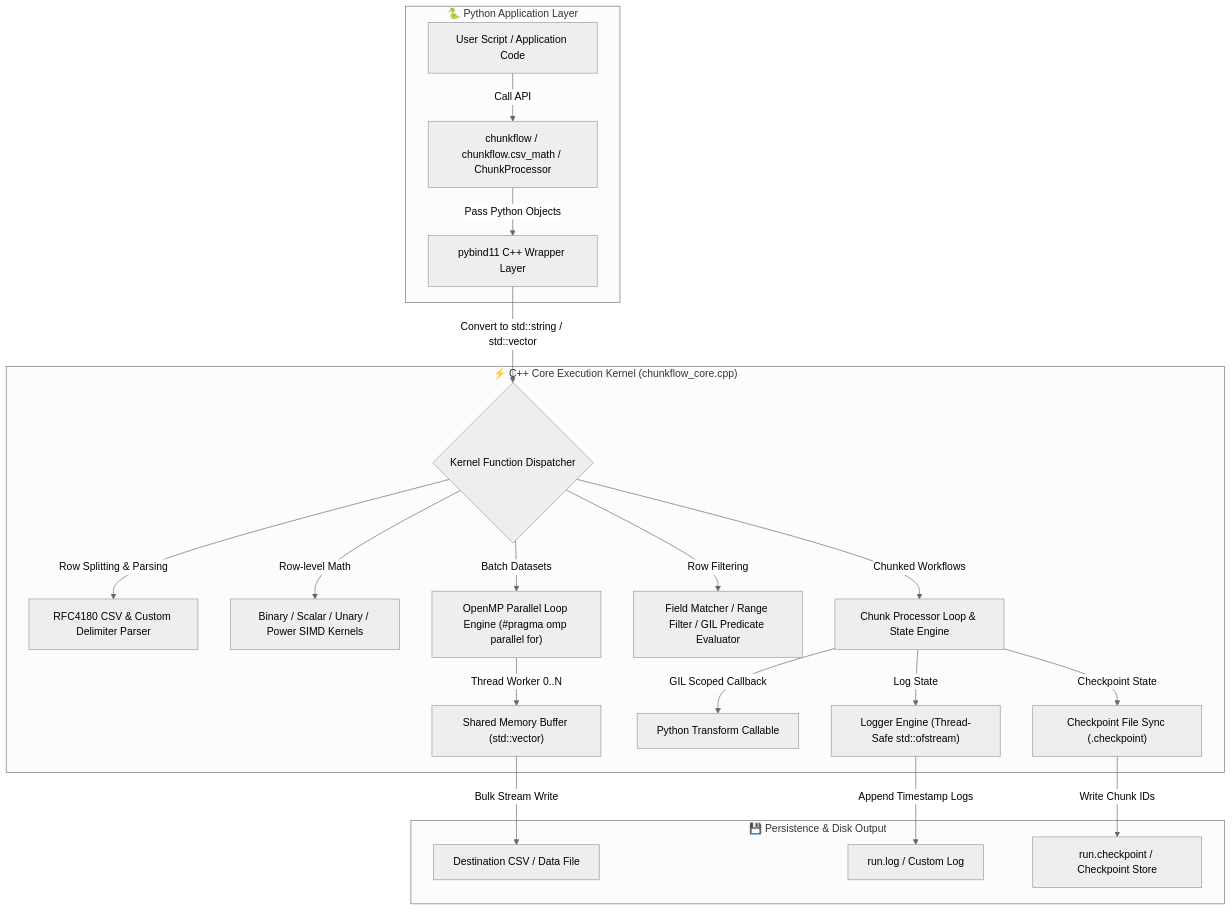
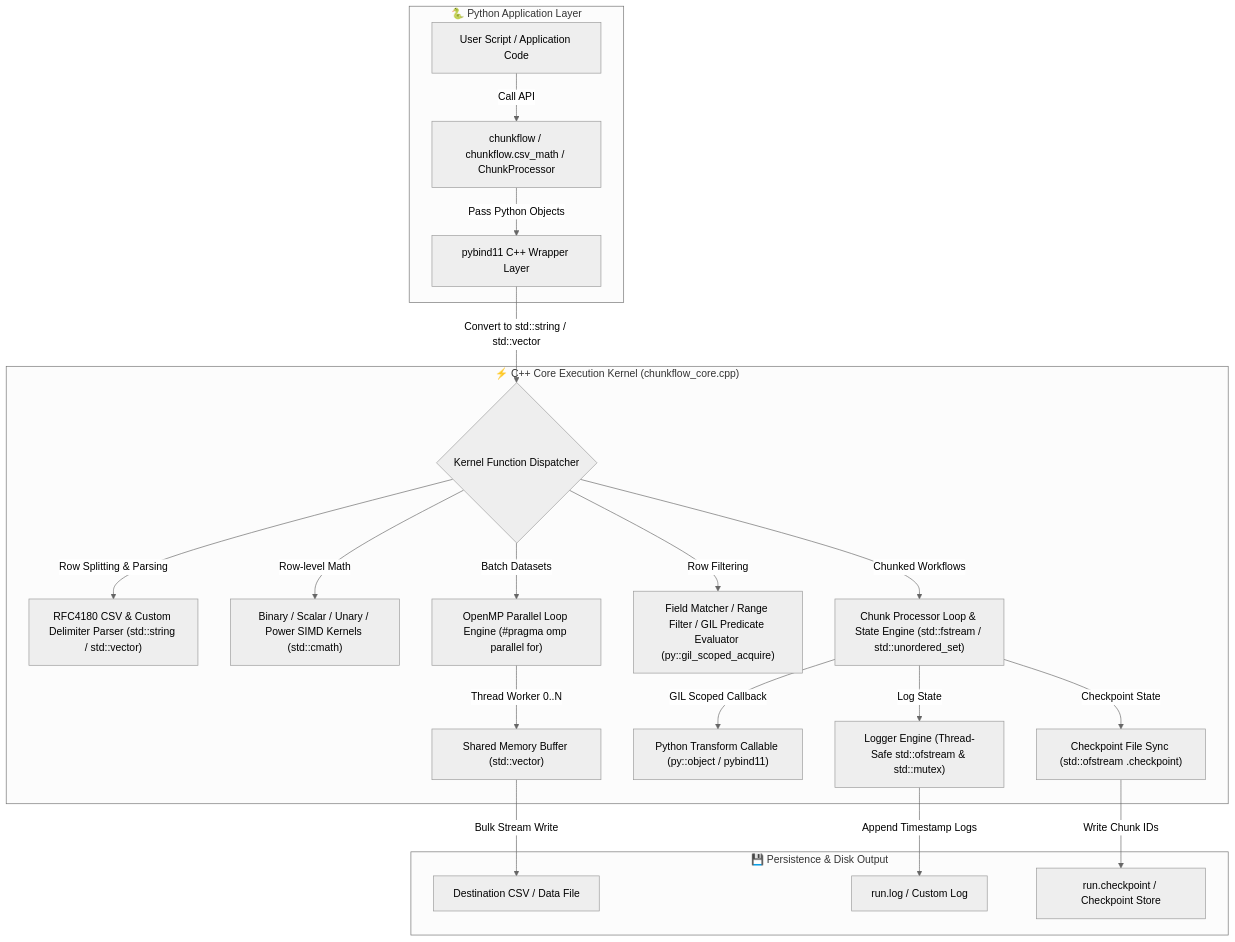
One commit to ambersub/Minor-project changed the first of 3 diagrams in docs/PROJECT_FLOW.md. Above: the diagram before and after it, drawn with Mermaid (neutral theme). The commit also changed other lines of this file and 5 other files, not shown here.

````diff
--- a/docs/PROJECT_FLOW.md
+++ b/docs/PROJECT_FLOW.md
@@ -11,28 +11,28 @@
 ```mermaid
 flowchart TD
     subgraph Python ["🐍 Python Application Layer"]
         UserScript["User Script / Application Code"] -->|Call API| PythonAPI["chunkflow / chunkflow.csv_math / ChunkProcessor"]
         PythonAPI -->|Pass Python Objects| PyBind["pybind11 C++ Wrapper Layer"]
     end
 
     subgraph C++ Core ["⚡ C++ Core Execution Kernel (chunkflow_core.cpp)"]
         PyBind -->|Convert to std::string / std::vector| Router{"Kernel Function Dispatcher"}
         
-        Router -->|Row Splitting & Parsing| Parser["RFC4180 CSV & Custom Delimiter Parser"]
-        Router -->|Row-level Math| MathKernel["Binary / Scalar / Unary / Power SIMD Kernels"]
+        Router -->|Row Splitting & Parsing| Parser["RFC4180 CSV & Custom Delimiter Parser (std::string / std::vector)"]
+        Router -->|Row-level Math| MathKernel["Binary / Scalar / Unary / Power SIMD Kernels (std::cmath)"]
         Router -->|Batch Datasets| OpenMPThreadEngine["OpenMP Parallel Loop Engine (#pragma omp parallel for)"]
-        Router -->|Row Filtering| FilterEngine["Field Matcher / Range Filter / GIL Predicate Evaluator"]
-        Router -->|Chunked Workflows| ChunkEngine["Chunk Processor Loop & State Engine"]
+        Router -->|Row Filtering| FilterEngine["Field Matcher / Range Filter / GIL Predicate Evaluator (py::gil_scoped_acquire)"]
+        Router -->|Chunked Workflows| ChunkEngine["Chunk Processor Loop & State Engine (std::fstream / std::unordered_set)"]
 
         OpenMPThreadEngine -->|Thread Worker 0..N| FastBuffer["Shared Memory Buffer (std::vector<std::string>)"]
-        ChunkEngine -->|GIL Scoped Callback| PythonLambda["Python Transform Callable"]
-        ChunkEngine -->|Log State| Logger["Logger Engine (Thread-Safe std::ofstream)"]
-        ChunkEngine -->|Checkpoint State| CheckpointEngine["Checkpoint File Sync (.checkpoint)"]
+        ChunkEngine -->|GIL Scoped Callback| PythonLambda["Python Transform Callable (py::object / pybind11)"]
+        ChunkEngine -->|Log State| Logger["Logger Engine (Thread-Safe std::ofstream & std::mutex)"]
+        ChunkEngine -->|Checkpoint State| CheckpointEngine["Checkpoint File Sync (std::ofstream .checkpoint)"]
     end
 
     subgraph IOLayer ["💾 Persistence & Disk Output"]
         FastBuffer -->|Bulk Stream Write| OutputCSV["Destination CSV / Data File"]
         Logger -->|Append Timestamp Logs| LogFile["run.log / Custom Log"]
         CheckpointEngine -->|Write Chunk IDs| CheckpointFile["run.checkpoint / Checkpoint Store"]
     end
 ```
````
